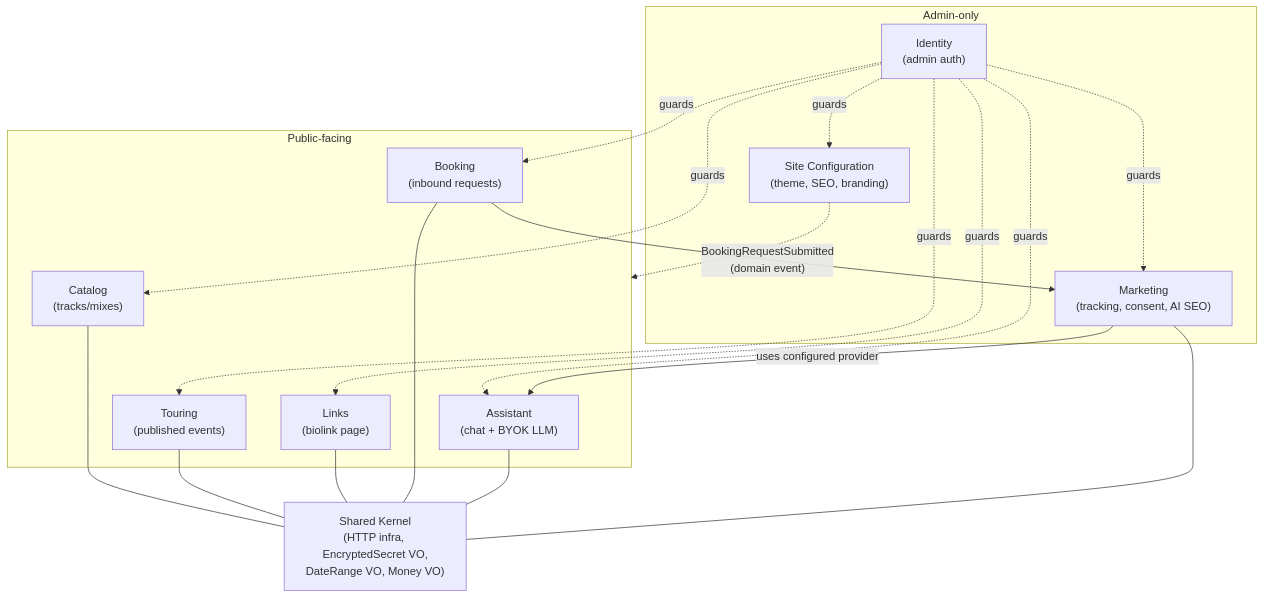
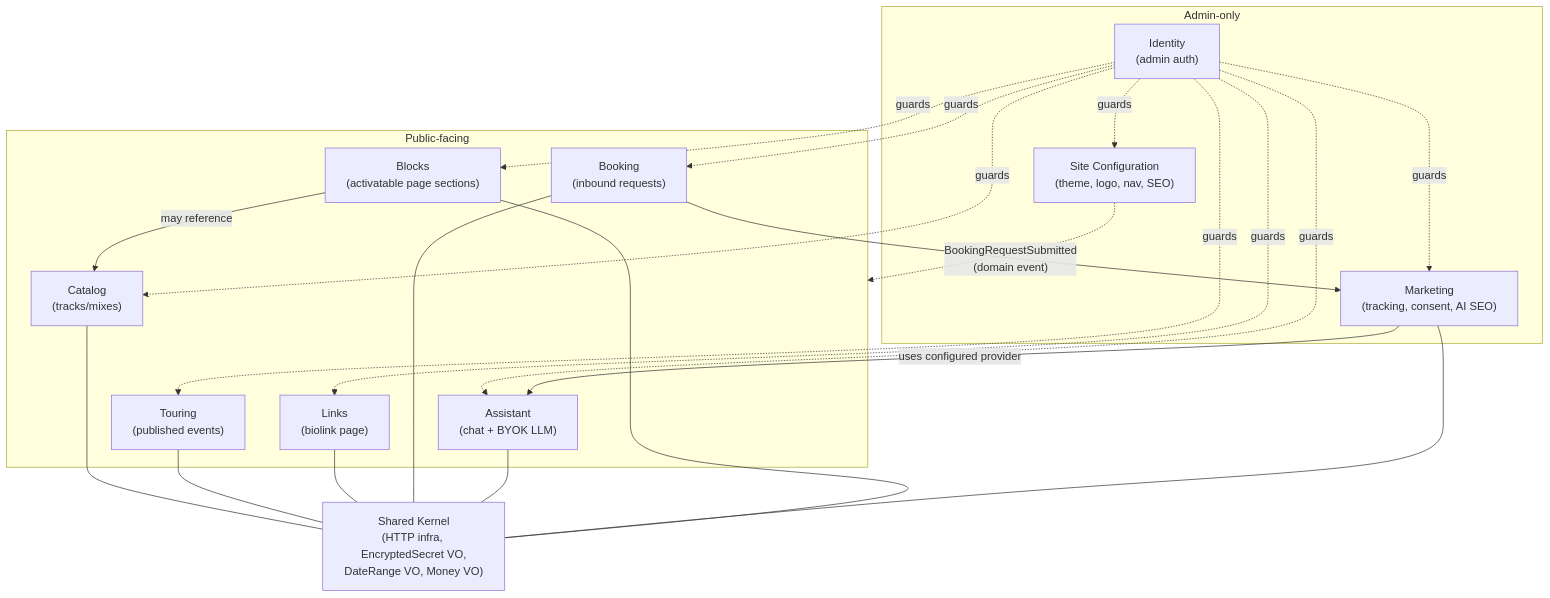
One commit to bobprod/bobprod-web-app changed the first of 2 diagrams in docs/architecture/domain-model.md. Above: the diagram before and after it, drawn with Mermaid. The commit also changed other lines of this file and 5 other files, not shown here.

First line of the commit message:
Add Branding/Nav, Links admin UI, and Content Blocks modules

````diff
--- a/docs/architecture/domain-model.md
+++ b/docs/architecture/domain-model.md
@@ -5,37 +5,41 @@
 ```mermaid
 flowchart TB
     subgraph pub["Public-facing"]
         Catalog["Catalog<br/>(tracks/mixes)"]
         Touring["Touring<br/>(published events)"]
         Links["Links<br/>(biolink page)"]
         Booking["Booking<br/>(inbound requests)"]
         Assistant["Assistant<br/>(chat + BYOK LLM)"]
+        Blocks["Blocks<br/>(activatable page sections)"]
     end
 
     subgraph admin["Admin-only"]
         Identity["Identity<br/>(admin auth)"]
-        SiteConfig["Site Configuration<br/>(theme, SEO, branding)"]
+        SiteConfig["Site Configuration<br/>(theme, logo, nav, SEO)"]
         Marketing["Marketing<br/>(tracking, consent, AI SEO)"]
     end
 
     Shared["Shared Kernel<br/>(HTTP infra, EncryptedSecret VO,<br/>DateRange VO, Money VO)"]
 
     Identity -. guards .-> Catalog
     Identity -. guards .-> Touring
     Identity -. guards .-> Booking
     Identity -. guards .-> Links
     Identity -. guards .-> SiteConfig
     Identity -. guards .-> Marketing
     Identity -. guards .-> Assistant
+    Identity -. guards .-> Blocks
 
     Booking -- "BookingRequestSubmitted<br/>(domain event)" --> Marketing
     Marketing -- "uses configured provider" --> Assistant
+    Blocks -- "may reference" --> Catalog
     SiteConfig -.-> pub
 
     Catalog --- Shared
     Touring --- Shared
     Links --- Shared
     Booking --- Shared
     Assistant --- Shared
     Marketing --- Shared
+    Blocks --- Shared
 ```
````
